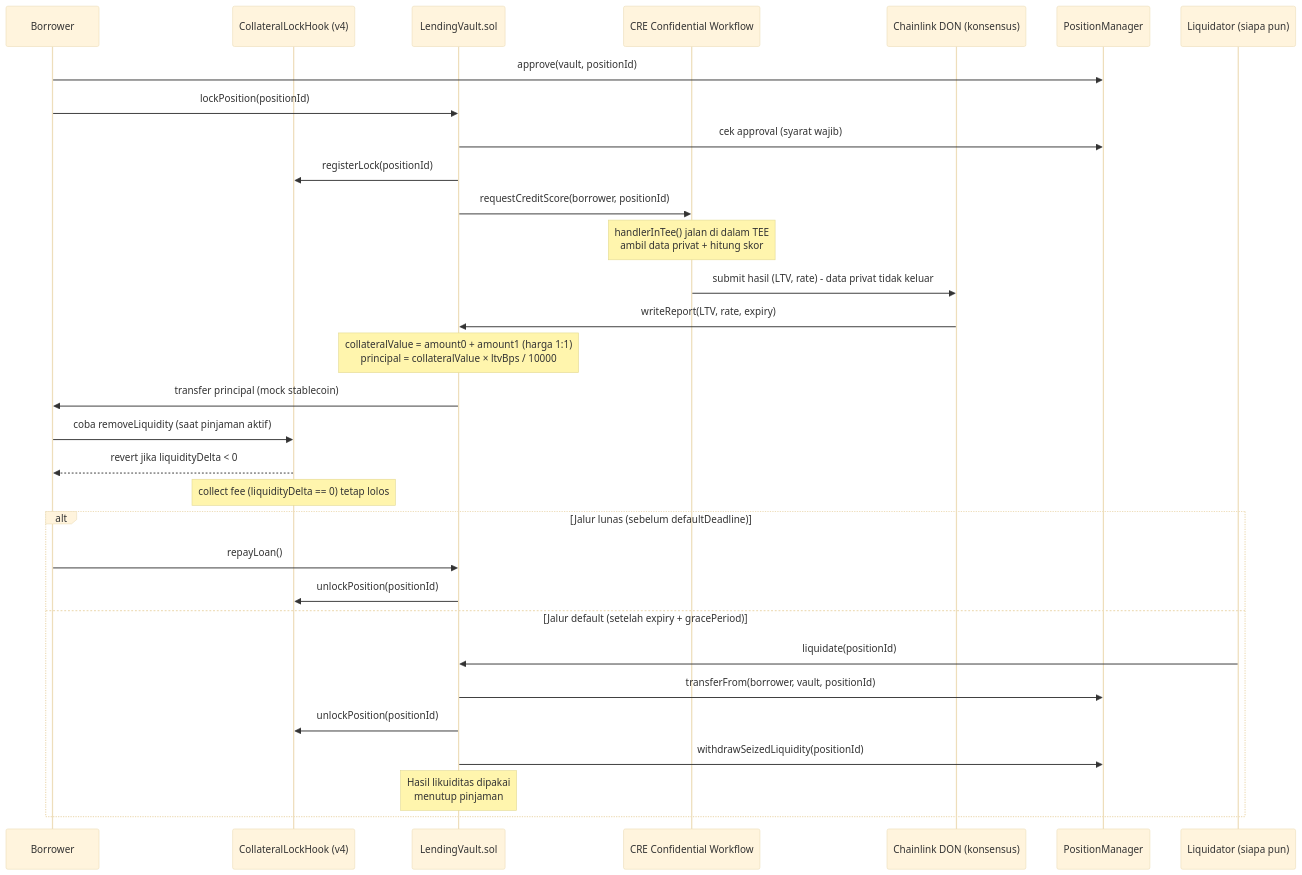
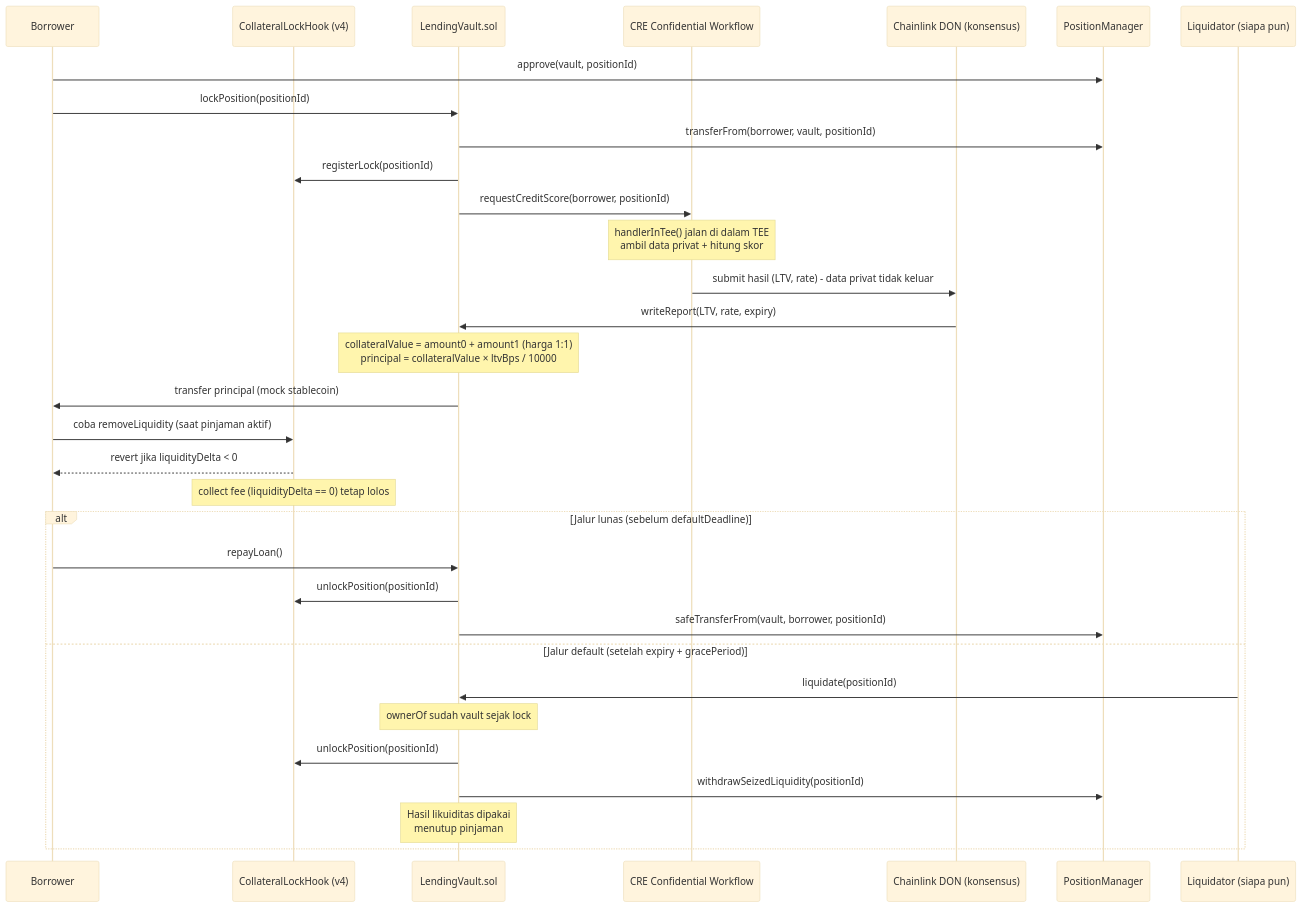
The diagram in docs/veilend-project-plan.md (harundarat/veilend), drawn with Mermaid (base theme) before and after one commit. The commit also changed other lines of this file and 3 other files, not shown here.

Commit message:
docs: describe nft custody on lockPosition

````diff
--- a/docs/veilend-project-plan.md
+++ b/docs/veilend-project-plan.md
@@ -51,35 +51,36 @@
 ```mermaid
 sequenceDiagram
     participant Borrower
     participant Hook as CollateralLockHook (v4)
     participant Vault as LendingVault.sol
     participant CRE as CRE Confidential Workflow
     participant DON as Chainlink DON (konsensus)
     participant PM as PositionManager
     participant Liquidator as Liquidator (siapa pun)
 
     Borrower->>PM: approve(vault, positionId)
     Borrower->>Vault: lockPosition(positionId)
-    Vault->>PM: cek approval (syarat wajib)
+    Vault->>PM: transferFrom(borrower, vault, positionId)
     Vault->>Hook: registerLock(positionId)
     Vault->>CRE: requestCreditScore(borrower, positionId)
     Note over CRE: handlerInTee() jalan di dalam TEE<br/>ambil data privat + hitung skor
     CRE->>DON: submit hasil (LTV, rate) - data privat tidak keluar
     DON->>Vault: writeReport(LTV, rate, expiry)
     Note over Vault: collateralValue = amount0 + amount1 (harga 1:1)<br/>principal = collateralValue × ltvBps / 10000
     Vault->>Borrower: transfer principal (mock stablecoin)
     Borrower->>Hook: coba removeLiquidity (saat pinjaman aktif)
     Hook-->>Borrower: revert jika liquidityDelta < 0
     Note over Hook: collect fee (liquidityDelta == 0) tetap lolos
 
     alt Jalur lunas (sebelum defaultDeadline)
         Borrower->>Vault: repayLoan()
         Vault->>Hook: unlockPosition(positionId)
+        Vault->>PM: safeTransferFrom(vault, borrower, positionId)
     else Jalur default (setelah expiry + gracePeriod)
         Liquidator->>Vault: liquidate(positionId)
-        Vault->>PM: transferFrom(borrower, vault, positionId)
+        Note over Vault: ownerOf sudah vault sejak lock
         Vault->>Hook: unlockPosition(positionId)
         Vault->>PM: withdrawSeizedLiquidity(positionId)
         Note over Vault: Hasil likuiditas dipakai<br/>menutup pinjaman
     end
 ```
````
